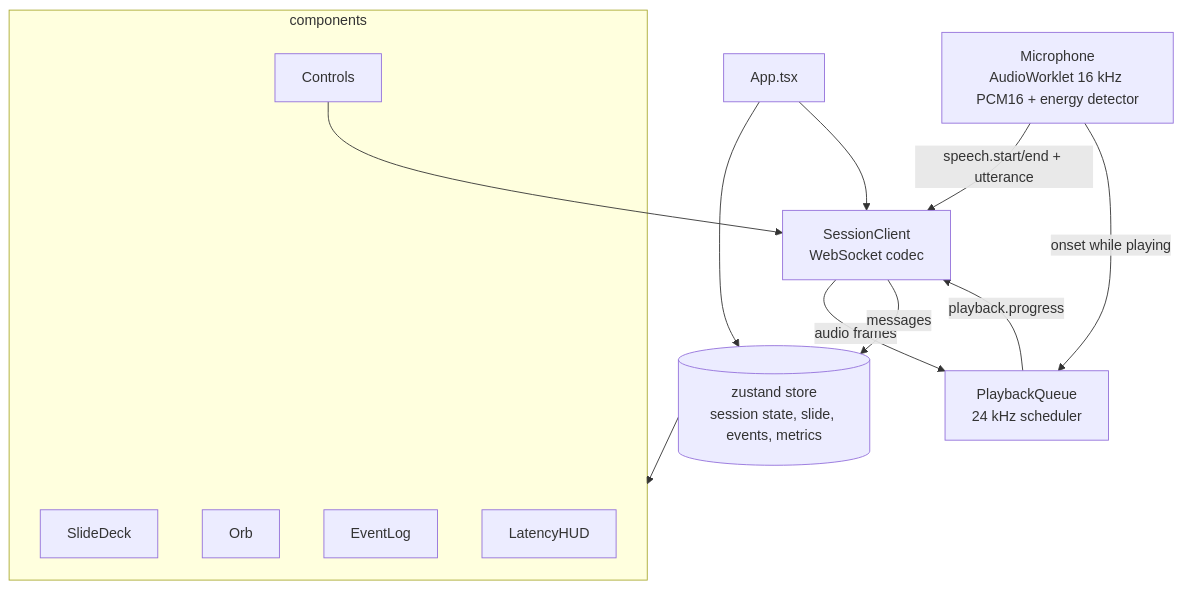
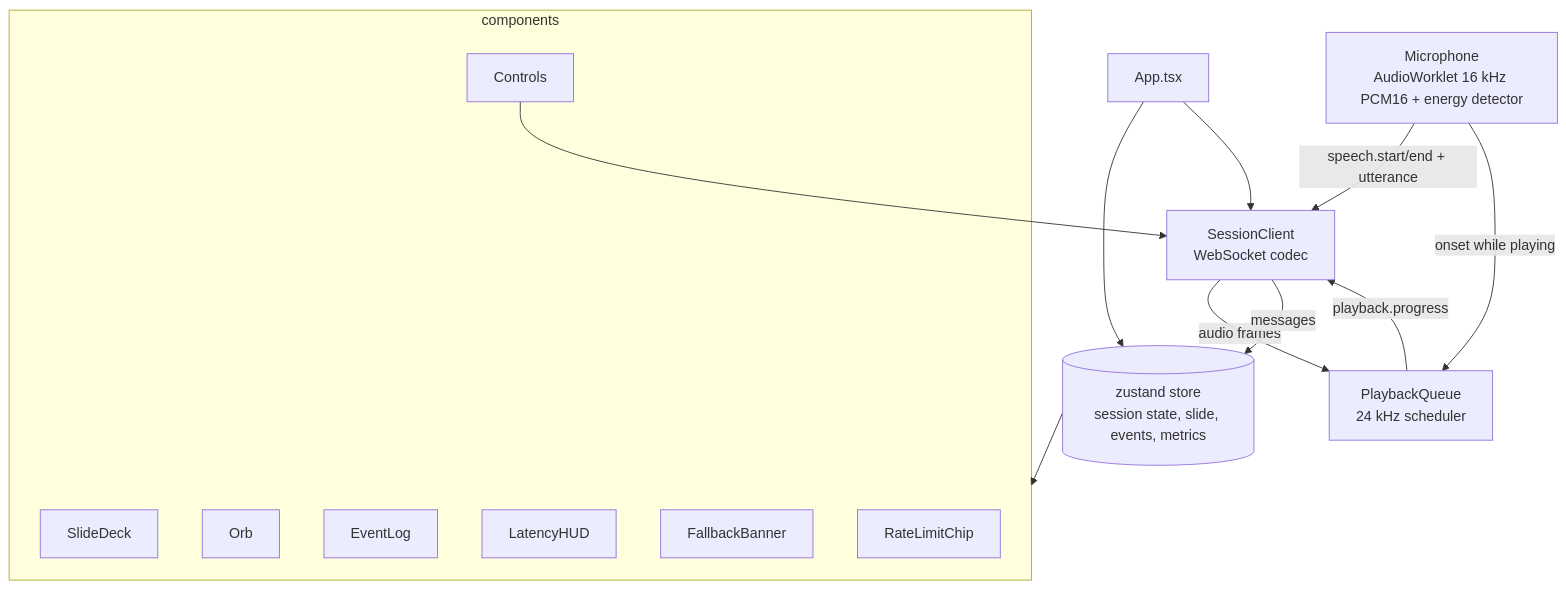
One commit to HarshChin/dynamic-voice-deck changed the third of 5 diagrams in docs/TRD.md. Above: the diagram before and after it, drawn with Mermaid. The commit also changed other lines of this file and 7 other files, not shown here.

````diff
--- a/docs/TRD.md
+++ b/docs/TRD.md
@@ -83,20 +83,21 @@
 ```mermaid
 flowchart TB
     APP[App.tsx]
     STORE[(zustand store<br/>session state, slide, events, metrics)]
     SC[SessionClient<br/>WebSocket codec]
     MIC[Microphone<br/>AudioWorklet 16 kHz PCM16 + energy detector]
     PQ[PlaybackQueue<br/>24 kHz scheduler]
     subgraph components
         SD[SlideDeck] ; ORB[Orb] ; EL[EventLog] ; HUD[LatencyHUD] ; CT[Controls]
+        FB[FallbackBanner] ; RL[RateLimitChip]
     end
     APP --> STORE
     APP --> SC
     MIC -->|speech.start/end + utterance| SC
     SC -->|audio frames| PQ
     SC -->|messages| STORE
     PQ -->|playback.progress| SC
     MIC -->|onset while playing| PQ
     STORE --> components
     CT --> SC
 ```
````
